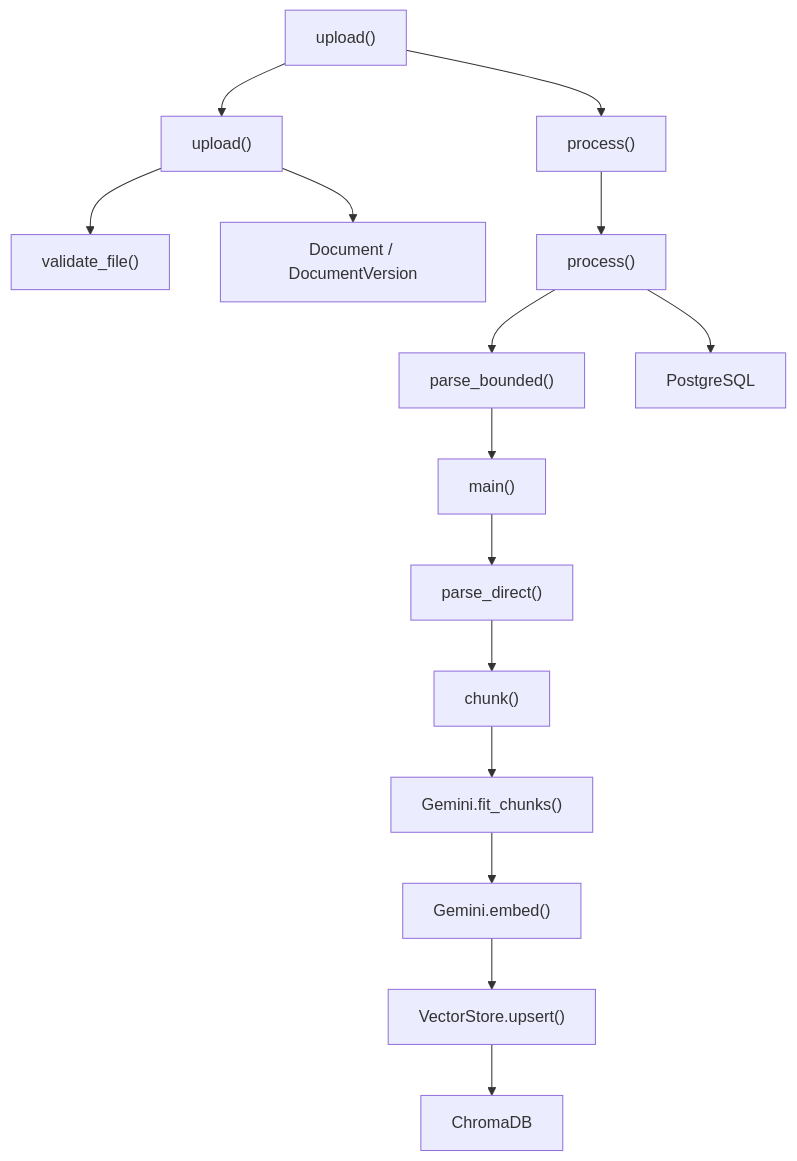
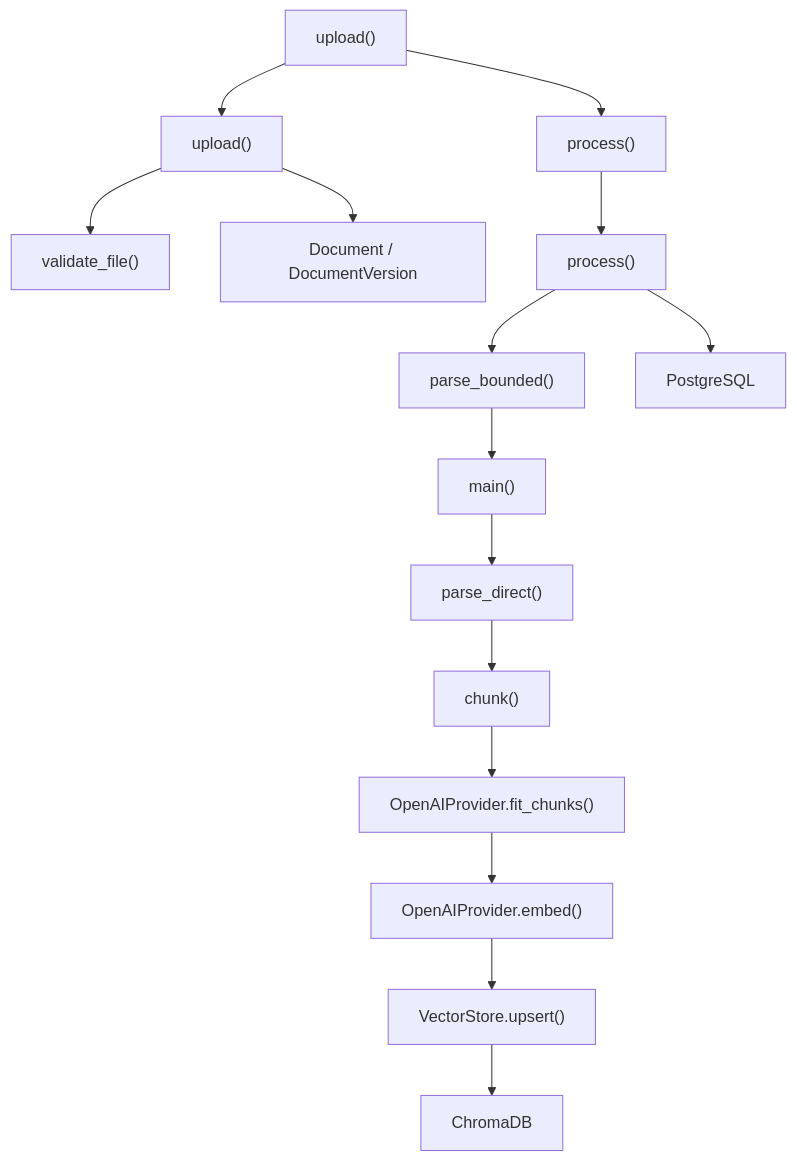
Before and after one commit to Dorjnyam/rag_chatbot_try: the third of 4 diagrams in documentation/06-codebase-file-function-map.md, drawn with Mermaid. The commit also changed other lines of this file and 50 other files, not shown here.

````diff
--- a/documentation/06-codebase-file-function-map.md
+++ b/documentation/06-codebase-file-function-map.md
@@ -54,17 +54,17 @@
 ```mermaid
 flowchart TD
     U1["upload()"] --> I1["upload()"]
     I1 --> P1["validate_file()"]
     I1 --> V1["Document / DocumentVersion"]
     U1 --> P2["process()"]
     P2 --> I2["process()"]
     I2 --> P3["parse_bounded()"]
     P3 --> P4["main()"]
     P4 --> P5["parse_direct()"]
     P5 --> C1["chunk()"]
-    C1 --> G1["Gemini.fit_chunks()"]
-    G1 --> G2["Gemini.embed()"]
+    C1 --> G1["OpenAIProvider.fit_chunks()"]
+    G1 --> G2["OpenAIProvider.embed()"]
     G2 --> S1["VectorStore.upsert()"]
     S1 --> C2["ChromaDB"]
     I2 --> DB["PostgreSQL"]
 ```
````
